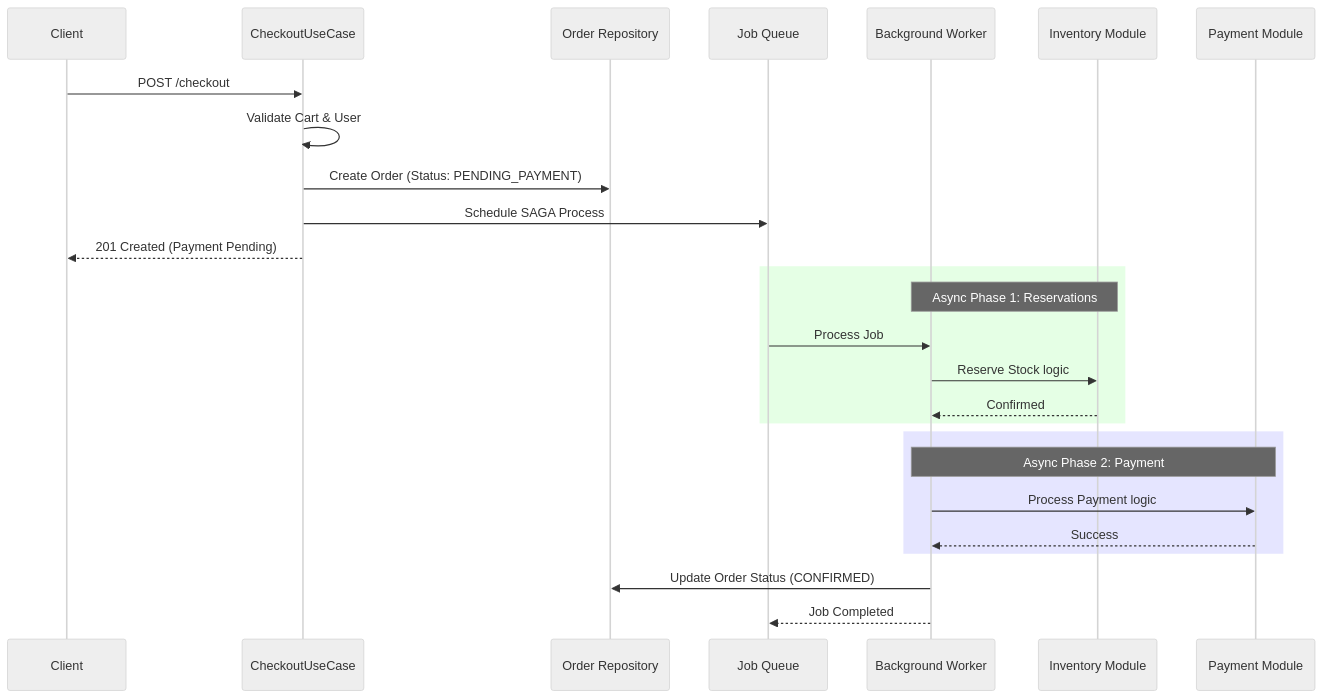
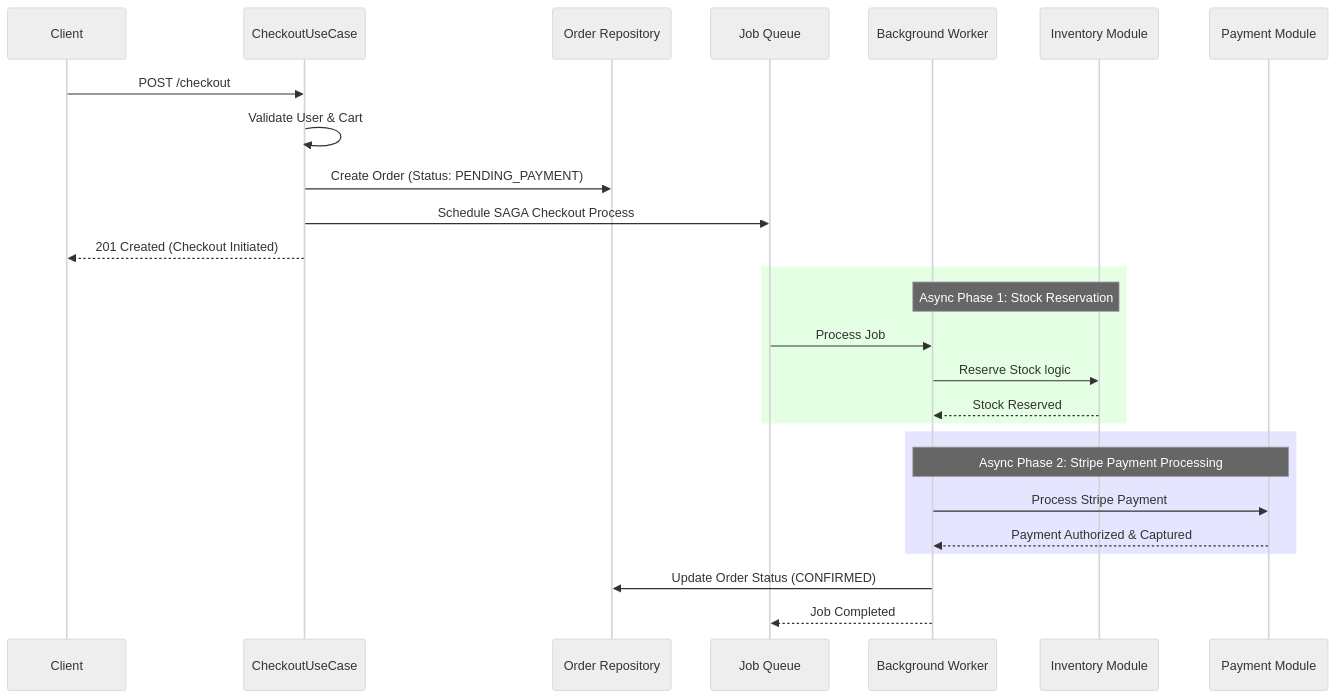
One commit to raouf-b-dev/ecommerce-store-api changed the fifth of 11 diagrams in docs/architecture/ARCHITECTURE.md. Above: the diagram before and after it, drawn with Mermaid (neutral theme). The commit also changed other lines of this file and 3 other files, not shown here.

First line of the commit message:
ES-139: Update Documentation and Architecture for Stripe Payment Integration

````diff
--- a/docs/architecture/ARCHITECTURE.md
+++ b/docs/architecture/ARCHITECTURE.md
@@ -212,32 +210,32 @@
 ```mermaid
 sequenceDiagram
     participant Client
     participant CheckoutUC as CheckoutUseCase
     participant OrderRepo as Order Repository
     participant BullMQ as Job Queue
     participant Worker as Background Worker
     participant Inventory as Inventory Module
     participant Payment as Payment Module
 
     Client->>CheckoutUC: POST /checkout
-    CheckoutUC->>CheckoutUC: Validate Cart & User
+    CheckoutUC->>CheckoutUC: Validate User & Cart
     CheckoutUC->>OrderRepo: Create Order (Status: PENDING_PAYMENT)
-    CheckoutUC->>BullMQ: Schedule SAGA Process
-    CheckoutUC-->>Client: 201 Created (Payment Pending)
+    CheckoutUC->>BullMQ: Schedule SAGA Checkout Process
+    CheckoutUC-->>Client: 201 Created (Checkout Initiated)
 
     rect rgba(0, 255, 0, 0.1)
-    Note over Worker,Inventory: Async Phase 1: Reservations
+    Note over Worker,Inventory: Async Phase 1: Stock Reservation
     BullMQ->>Worker: Process Job
     Worker->>Inventory: Reserve Stock logic
-    Inventory-->>Worker: Confirmed
+    Inventory-->>Worker: Stock Reserved
     end
 
     rect rgba(0, 0, 255, 0.1)
-    Note over Worker,Payment: Async Phase 2: Payment
-    Worker->>Payment: Process Payment logic
-    Payment-->>Worker: Success
+    Note over Worker,Payment: Async Phase 2: Stripe Payment Processing
+    Worker->>Payment: Process Stripe Payment
+    Payment-->>Worker: Payment Authorized & Captured
     end
 
     Worker->>OrderRepo: Update Order Status (CONFIRMED)
     Worker-->>BullMQ: Job Completed
 ```
````
